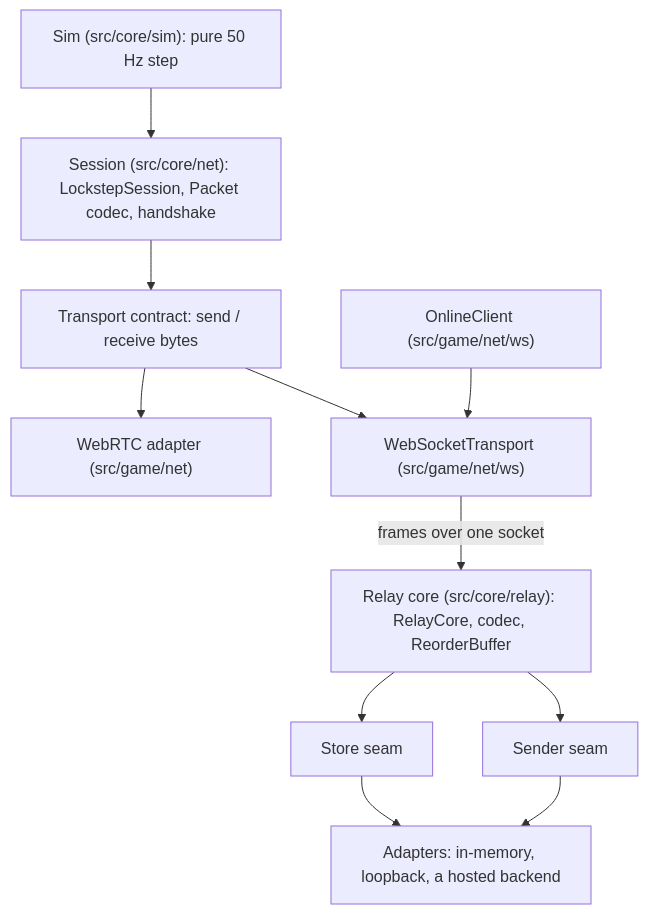
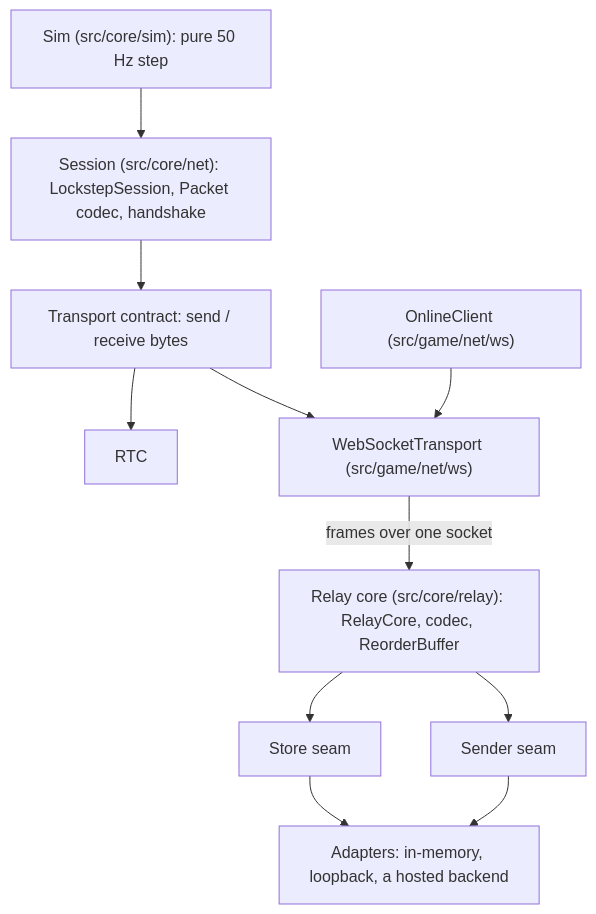
The first of 23 diagrams in docs/MULTIPLAYER-DESIGN.md (hchan/tamingTheElements), drawn with Mermaid before and after one commit. The commit also changed other lines of this file and 77 other files, not shown here.

First line of the commit message:
Remove WebRTC online path and tools/signal-relay (webrtc-removal)

````diff
--- a/docs/MULTIPLAYER-DESIGN.md
+++ b/docs/MULTIPLAYER-DESIGN.md
@@ -37,23 +37,22 @@
 ```mermaid
 flowchart TD
   SIM["Sim (src/core/sim): pure 50 Hz step"]
   SES["Session (src/core/net): LockstepSession, Packet codec, handshake"]
   TR["Transport contract: send / receive bytes"]
-  RTC["WebRTC adapter (src/game/net)"]
   WS["WebSocketTransport (src/game/net/ws)"]
   CLI["OnlineClient (src/game/net/ws)"]
   RC["Relay core (src/core/relay): RelayCore, codec, ReorderBuffer"]
   ST["Store seam"]
   SN["Sender seam"]
   AD["Adapters: in-memory, loopback, a hosted backend"]
   SIM --> SES
   SES --> TR
   TR --> RTC
   TR --> WS
   CLI --> WS
   WS -->|frames over one socket| RC
   RC --> ST
   RC --> SN
   ST --> AD
   SN --> AD
 ```
````
